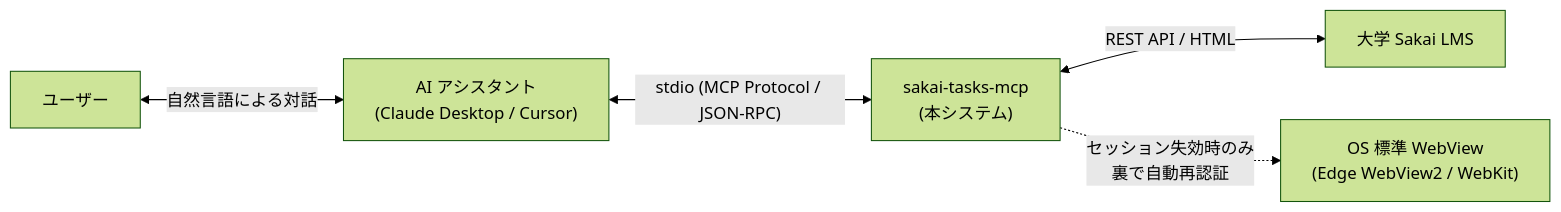
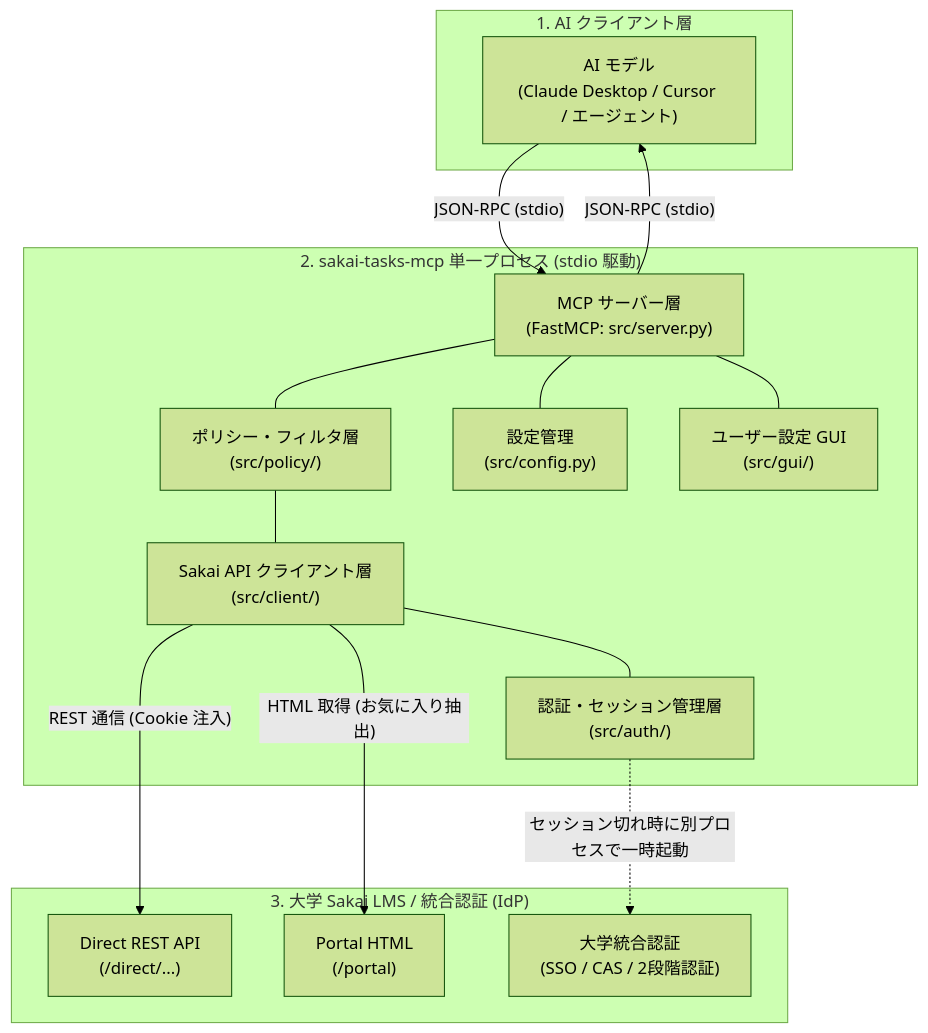
The first of 5 diagrams in docs/guide.md (project-sakai-mcp/sakai-tasks-mcp), drawn with Mermaid (forest theme) before and after one commit. The commit also changed other lines of this file, not shown here.

````diff
--- a/docs/guide.md
+++ b/docs/guide.md
@@ -15,7 +11,33 @@
 ```mermaid
-flowchart LR
-    User["ユーザー"] <-->|"自然言語による対話"| AI["AI アシスタント<br/>(Claude Desktop / Cursor)"]
-    AI <-->|"stdio (MCP Protocol / JSON-RPC)"| Server["sakai-tasks-mcp<br/>(本システム)"]
-    Server <-->|"REST API / HTML"| Sakai["大学 Sakai LMS"]
-    Server -.->|"セッション失効時のみ<br/>裏で自動再認証"| AuthUI["OS 標準 WebView<br/>(Edge WebView2 / WebKit)"]
+flowchart TD
+    subgraph ClientLayer ["1. AI クライアント層"]
+        AI["AI モデル<br/>(Claude Desktop / Cursor / エージェント)"]
+    end
+
+    subgraph CoreProcess ["2. sakai-tasks-mcp 単一プロセス (stdio 駆動)"]
+        Server["MCP サーバー層<br/>(FastMCP: src/server.py)"]
+        Policy["ポリシー・フィルタ層<br/>(src/policy/)"]
+        Client["Sakai API クライアント層<br/>(src/client/)"]
+        Auth["認証・セッション管理層<br/>(src/auth/)"]
+        Config["設定管理<br/>(src/config.py)"]
+        GUI["ユーザー設定 GUI<br/>(src/gui/)"]
+
+        Server --- Policy
+        Policy --- Client
+        Client --- Auth
+        Server --- Config
+        Server --- GUI
+    end
+
+    subgraph SakaiCloud ["3. 大学 Sakai LMS / 統合認証 (IdP)"]
+        DirectAPI["Direct REST API<br/>(/direct/...)"]
+        PortalHTML["Portal HTML<br/>(/portal)"]
+        SSO["大学統合認証<br/>(SSO / CAS / 2段階認証)"]
+    end
+
+    AI -->|"JSON-RPC (stdio)"| Server
+    Server -->|"JSON-RPC (stdio)"| AI
+    Auth -.->|"セッション切れ時に別プロセスで一時起動"| SSO
+    Client -->|"REST 通信 (Cookie 注入)"| DirectAPI
+    Client -->|"HTML 取得 (お気に入り抽出)"| PortalHTML
 ```
````
